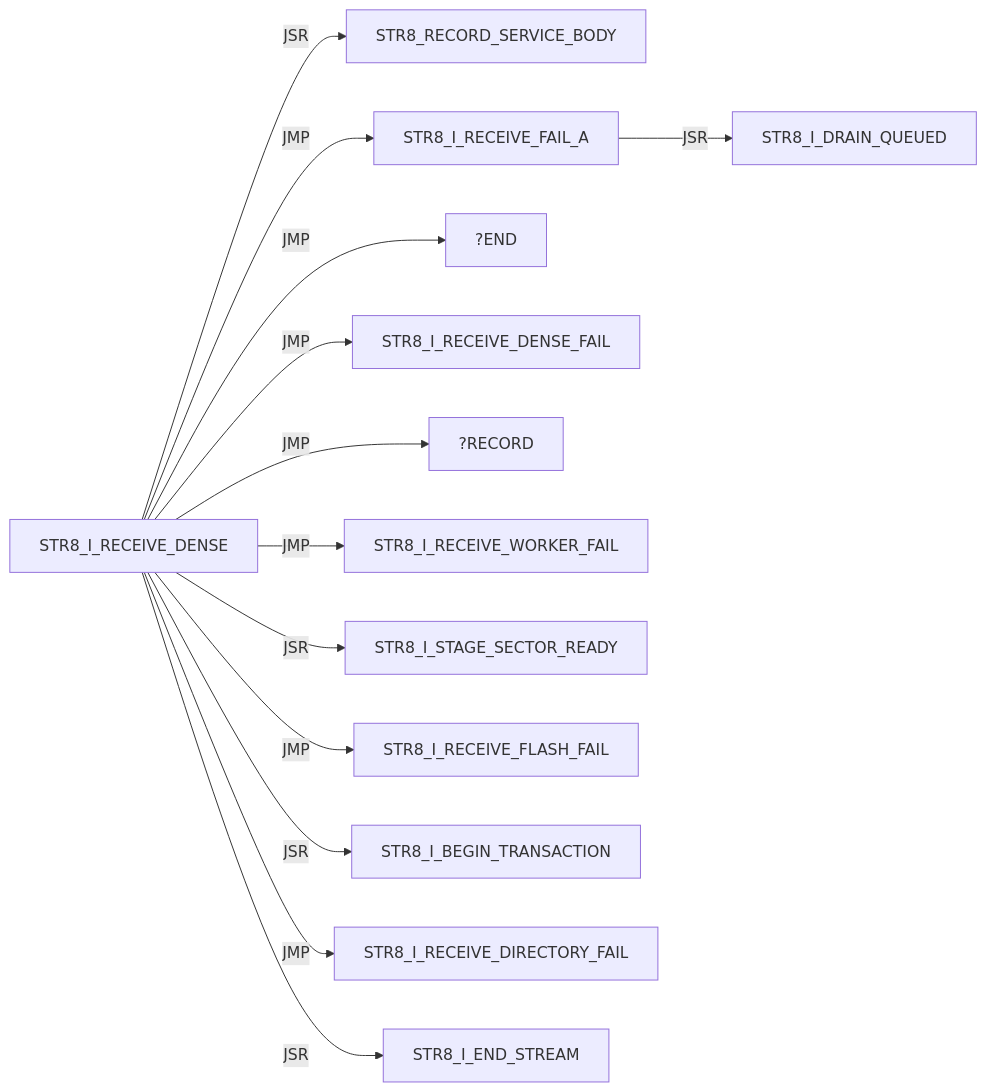
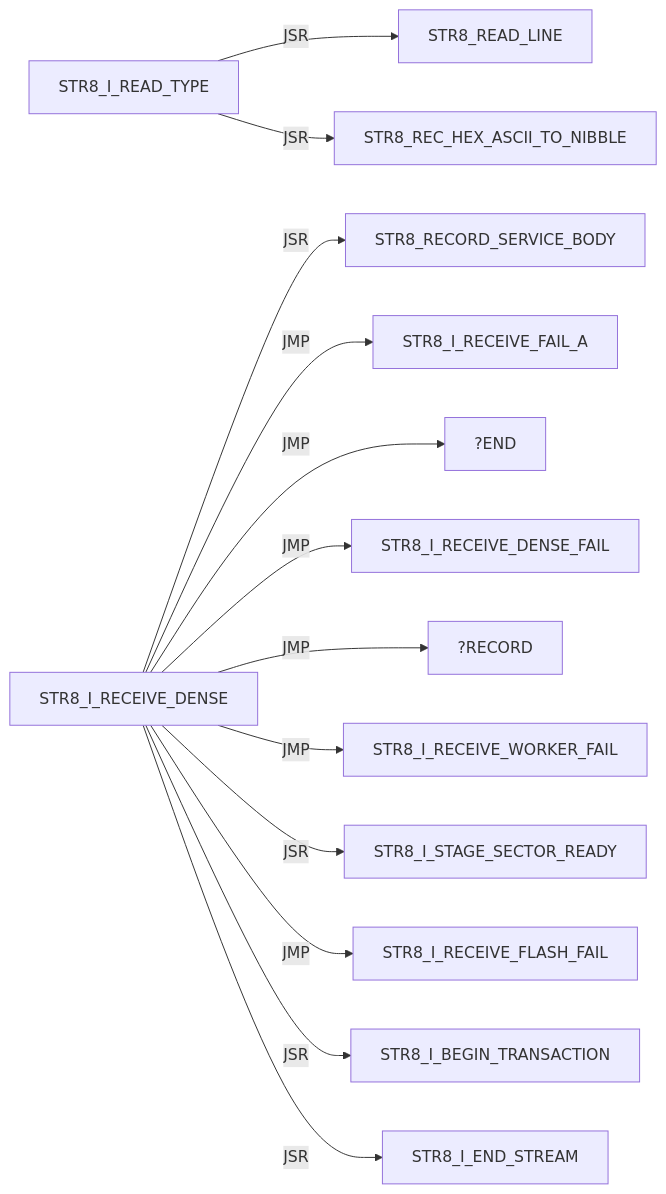
Before and after one commit to 95westus/R-YORS: diagram 18 of 41 in DOC/GUIDES/STR8/STR8_EDGE_DUMP.md, drawn with Mermaid. The commit also changed other lines of this file and 17 other files, not shown here.

````diff
--- a/DOC/GUIDES/STR8/STR8_EDGE_DUMP.md
+++ b/DOC/GUIDES/STR8/STR8_EDGE_DUMP.md
@@ -263,15 +258,15 @@
 ```mermaid
 flowchart LR
-    N0["STR8_I_RECEIVE_DENSE"] -->|JSR| N1["STR8_RECORD_SERVICE_BODY"]
-    N0["STR8_I_RECEIVE_DENSE"] -->|JMP| N2["STR8_I_RECEIVE_FAIL_A"]
-    N0["STR8_I_RECEIVE_DENSE"] -->|JMP| N3["?END"]
-    N0["STR8_I_RECEIVE_DENSE"] -->|JMP| N4["STR8_I_RECEIVE_DENSE_FAIL"]
-    N0["STR8_I_RECEIVE_DENSE"] -->|JMP| N5["?RECORD"]
-    N0["STR8_I_RECEIVE_DENSE"] -->|JMP| N6["STR8_I_RECEIVE_WORKER_FAIL"]
-    N0["STR8_I_RECEIVE_DENSE"] -->|JSR| N7["STR8_I_STAGE_SECTOR_READY"]
-    N0["STR8_I_RECEIVE_DENSE"] -->|JMP| N8["STR8_I_RECEIVE_FLASH_FAIL"]
-    N0["STR8_I_RECEIVE_DENSE"] -->|JSR| N9["STR8_I_BEGIN_TRANSACTION"]
-    N0["STR8_I_RECEIVE_DENSE"] -->|JMP| N10["STR8_I_RECEIVE_DIRECTORY_FAIL"]
-    N0["STR8_I_RECEIVE_DENSE"] -->|JSR| N11["STR8_I_END_STREAM"]
-    N2["STR8_I_RECEIVE_FAIL_A"] -->|JSR| N12["STR8_I_DRAIN_QUEUED"]
+    N0["STR8_I_READ_TYPE"] -->|JSR| N1["STR8_READ_LINE"]
+    N0["STR8_I_READ_TYPE"] -->|JSR| N2["STR8_REC_HEX_ASCII_TO_NIBBLE"]
+    N3["STR8_I_RECEIVE_DENSE"] -->|JSR| N4["STR8_RECORD_SERVICE_BODY"]
+    N3["STR8_I_RECEIVE_DENSE"] -->|JMP| N5["STR8_I_RECEIVE_FAIL_A"]
+    N3["STR8_I_RECEIVE_DENSE"] -->|JMP| N6["?END"]
+    N3["STR8_I_RECEIVE_DENSE"] -->|JMP| N7["STR8_I_RECEIVE_DENSE_FAIL"]
+    N3["STR8_I_RECEIVE_DENSE"] -->|JMP| N8["?RECORD"]
+    N3["STR8_I_RECEIVE_DENSE"] -->|JMP| N9["STR8_I_RECEIVE_WORKER_FAIL"]
+    N3["STR8_I_RECEIVE_DENSE"] -->|JSR| N10["STR8_I_STAGE_SECTOR_READY"]
+    N3["STR8_I_RECEIVE_DENSE"] -->|JMP| N11["STR8_I_RECEIVE_FLASH_FAIL"]
+    N3["STR8_I_RECEIVE_DENSE"] -->|JSR| N12["STR8_I_BEGIN_TRANSACTION"]
+    N3["STR8_I_RECEIVE_DENSE"] -->|JSR| N13["STR8_I_END_STREAM"]
 ```
````
